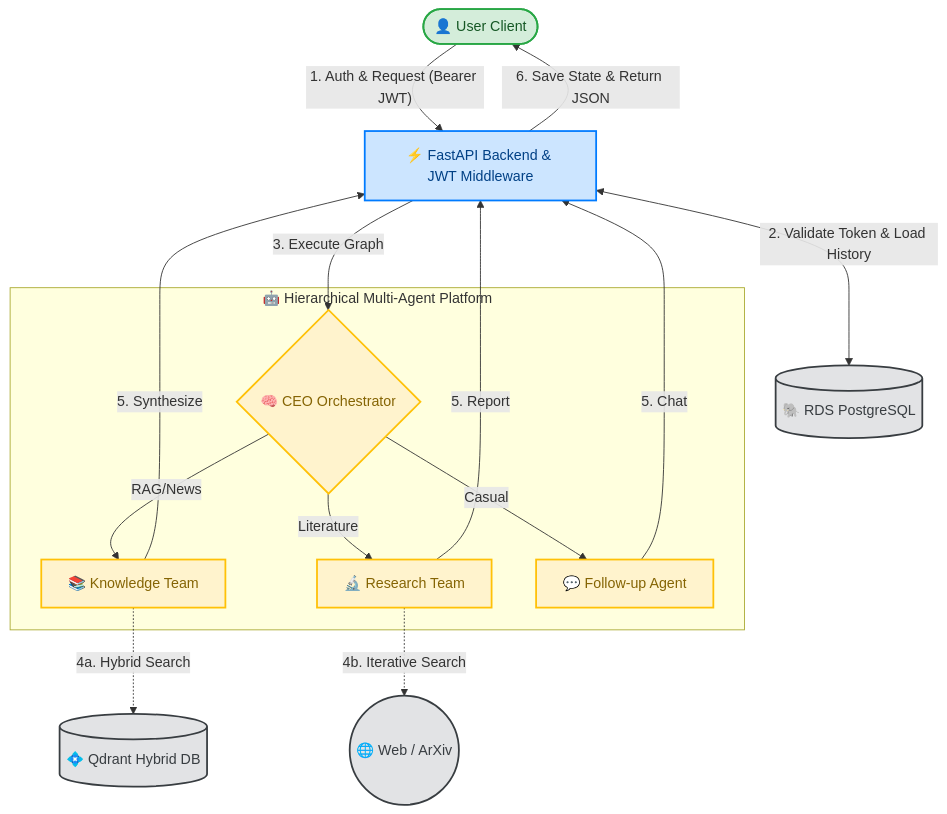
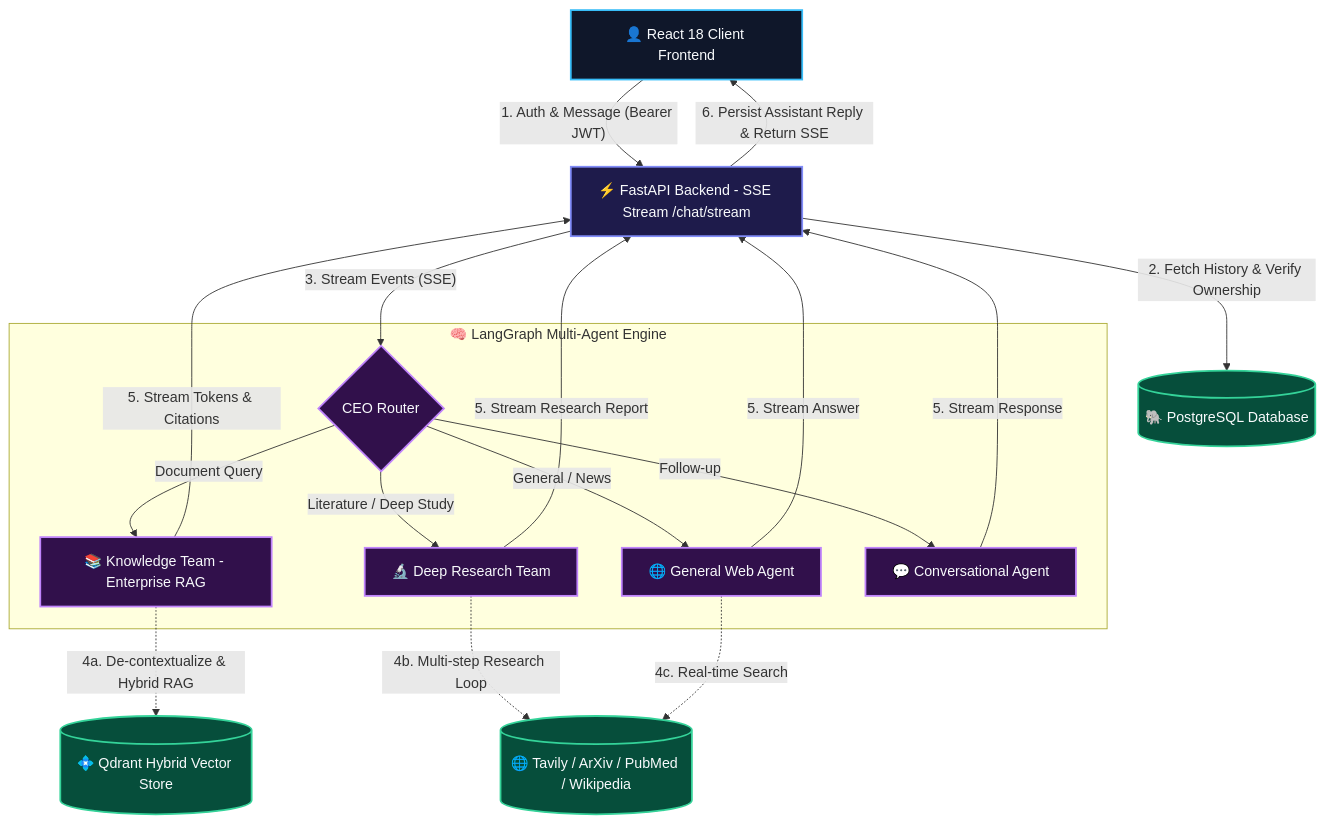
Before and after one commit to smt2208/praxis-ai: the first of 2 diagrams in README.md, drawn with Mermaid. The commit also changed other lines of this file and 1 other file, not shown here.

````diff
--- a/README.md
+++ b/README.md
@@ -11,41 +13,44 @@
 ```mermaid
-graph TD
-    %% Visual Styles
-    classDef client fill:#d4edda,stroke:#28a745,stroke-width:2px,color:#155724;
-    classDef api fill:#cce5ff,stroke:#007bff,stroke-width:2px,color:#004085;
-    classDef agent fill:#fff3cd,stroke:#ffc107,stroke-width:2px,color:#856404;
-    classDef db fill:#e2e3e5,stroke:#383d41,stroke-width:2px,color:#383d41;
+flowchart TD
+    %% Visual Styling
+    classDef client fill:#0f172a,stroke:#38bdf8,stroke-width:2px,color:#f8fafc;
+    classDef api fill:#1e1b4b,stroke:#818cf8,stroke-width:2px,color:#f8fafc;
+    classDef agent fill:#31104b,stroke:#c084fc,stroke-width:2px,color:#f8fafc;
+    classDef db fill:#064e3b,stroke:#34d399,stroke-width:2px,color:#f8fafc;
 
     %% Components
-    User([👤 User Client]):::client
-    API[⚡ FastAPI Backend & JWT Middleware]:::api
-    DB[(🐘 RDS PostgreSQL)]:::db
-    Qdrant[(💠 Qdrant Hybrid DB)]:::db
-    Web((🌐 Web / ArXiv)):::db
-    
-    subgraph LangGraph [🤖 Hierarchical Multi-Agent Platform]
-        CEO{🧠 CEO Orchestrator}:::agent
-        Knowledge[📚 Knowledge Team]:::agent
-        Research[🔬 Research Team]:::agent
-        FollowUp[💬 Follow-up Agent]:::agent
+    User[👤 React 18 Client Frontend]:::client
+    API[⚡ FastAPI Backend - SSE Stream /chat/stream]:::api
+    DB[(🐘 PostgreSQL Database)]:::db
+    Qdrant[(💠 Qdrant Hybrid Vector Store)]:::db
+    Tools[(🌐 Tavily / ArXiv / PubMed / Wikipedia)]:::db
+
+    subgraph Orchestrator [🧠 LangGraph Multi-Agent Engine]
+        CEO{CEO Router}:::agent
+        Knowledge[📚 Knowledge Team - Enterprise RAG]:::agent
+        Research[🔬 Deep Research Team]:::agent
+        General[🌐 General Web Agent]:::agent
+        FollowUp[💬 Conversational Agent]:::agent
     end
 
-    %% Flow
-    User -- 1. Auth & Request (Bearer JWT) --> API
-    API <-- 2. Validate Token & Load History --> DB
+    %% Workflow
+    User -- "1. Auth & Message (Bearer JWT)" --> API
+    API -- "2. Fetch History & Verify Ownership" --> DB
+    API -- "3. Stream Events (SSE)" --> CEO
     
-    API -- 3. Execute Graph --> CEO
-    
-    CEO -- "RAG/News" --> Knowledge
-    CEO -- "Literature" --> Research
-    CEO -- "Casual" --> FollowUp
-    
-    Knowledge -.->|4a. Hybrid Search| Qdrant
-    Research -.->|4b. Iterative Search| Web
-    
-    Knowledge -- 5. Synthesize --> API
-    Research -- 5. Report --> API
-    FollowUp -- 5. Chat --> API
-    
-    API -- 6. Save State & Return JSON --> User
+    CEO -- "Document Query" --> Knowledge
+    CEO -- "Literature / Deep Study" --> Research
+    CEO -- "General / News" --> General
+    CEO -- "Follow-up" --> FollowUp
+
+    Knowledge -.->|4a. De-contextualize & Hybrid RAG| Qdrant
+    Research -.->|4b. Multi-step Research Loop| Tools
+    General -.->|4c. Real-time Search| Tools
+
+    Knowledge -- "5. Stream Tokens & Citations" --> API
+    Research -- "5. Stream Research Report" --> API
+    General -- "5. Stream Answer" --> API
+    FollowUp -- "5. Stream Response" --> API
+
+    API -- "6. Persist Assistant Reply & Return SSE" --> User
 ```
````
